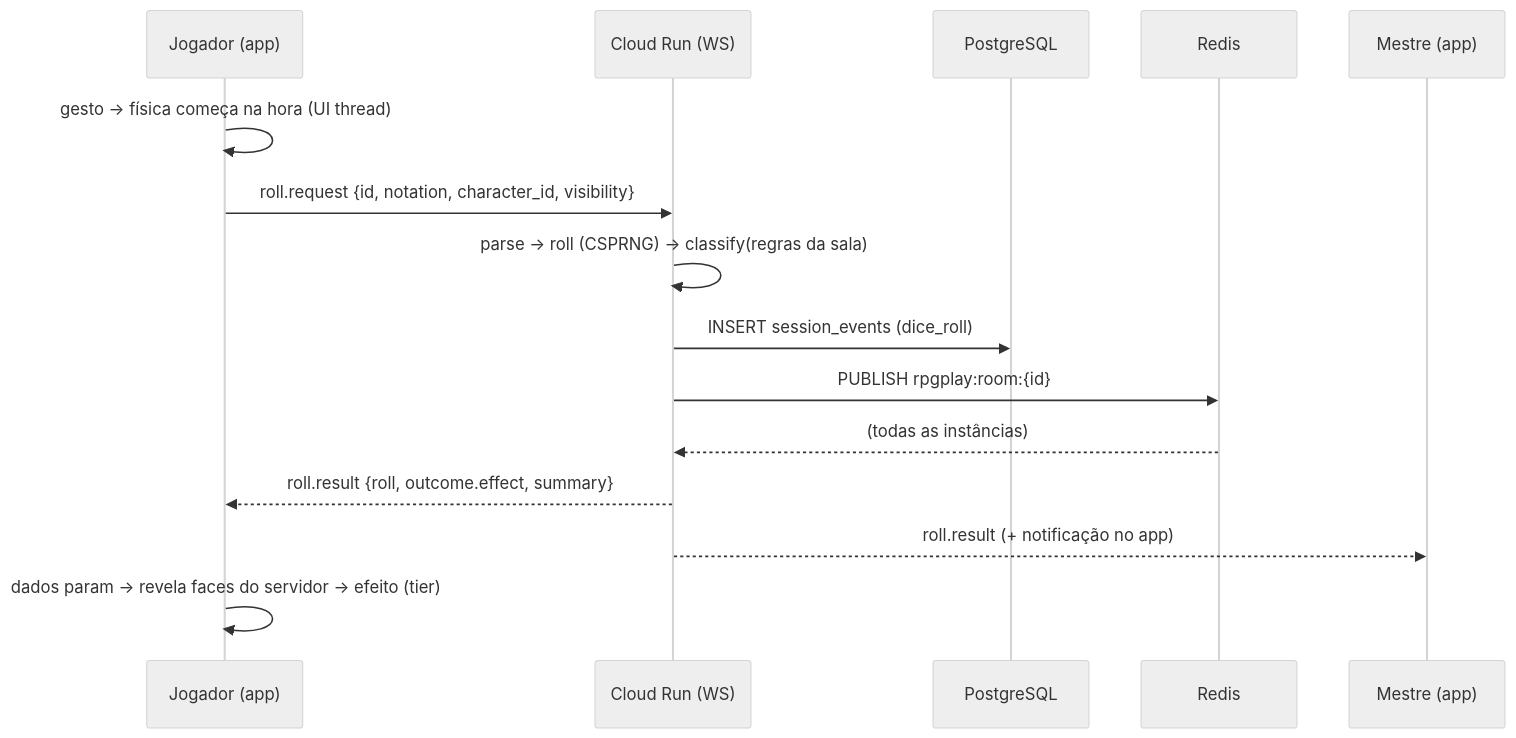
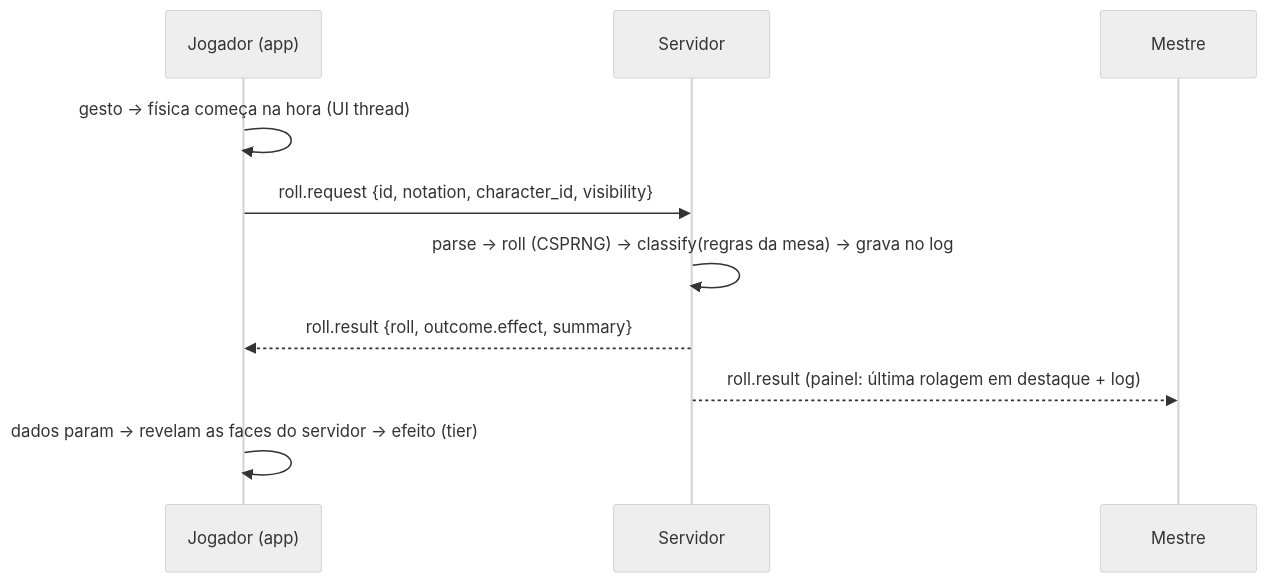
One commit to PedroASenna/Ficha-de-Personagem-de-RPG changed the fourth of 4 diagrams in docs/ARCHITECTURE.md. Above: the diagram before and after it, drawn with Mermaid (neutral theme). The commit also changed other lines of this file and 9 other files, not shown here.

````diff
--- a/docs/ARCHITECTURE.md
+++ b/docs/ARCHITECTURE.md
@@ -178,17 +198,12 @@
 ```mermaid
 sequenceDiagram
   participant P as Jogador (app)
-  participant API as Cloud Run (WS)
-  participant DB as PostgreSQL
-  participant R as Redis
-  participant M as Mestre (app)
+  participant S as Servidor
+  participant M as Mestre
   P->>P: gesto → física começa na hora (UI thread)
-  P->>API: roll.request {id, notation, character_id, visibility}
-  API->>API: parse → roll (CSPRNG) → classify(regras da sala)
-  API->>DB: INSERT session_events (dice_roll)
-  API->>R: PUBLISH rpgplay:room:{id}
-  R-->>API: (todas as instâncias)
-  API-->>P: roll.result {roll, outcome.effect, summary}
-  API-->>M: roll.result (+ notificação no app)
-  P->>P: dados param → revela faces do servidor → efeito (tier)
+  P->>S: roll.request {id, notation, character_id, visibility}
+  S->>S: parse → roll (CSPRNG) → classify(regras da mesa) → grava no log
+  S-->>P: roll.result {roll, outcome.effect, summary}
+  S-->>M: roll.result (painel: última rolagem em destaque + log)
+  P->>P: dados param → revelam as faces do servidor → efeito (tier)
 ```
````
